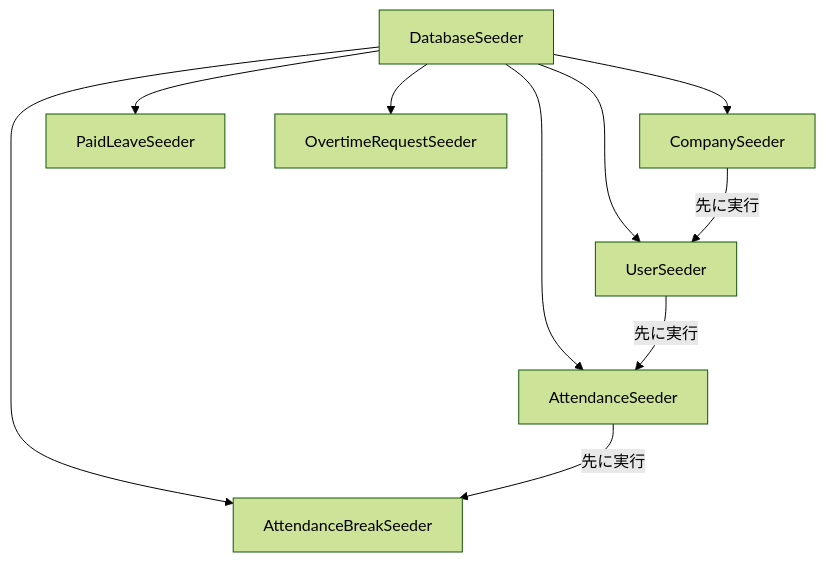
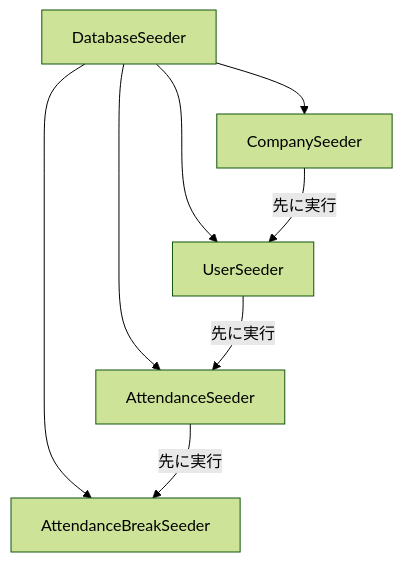
One commit to miyazakisora111/time-attendance changed the second of 2 diagrams in docs/dev/test-factory-design.md. Above: the diagram before and after it, drawn with Mermaid (forest theme). The commit also changed other lines of this file and 118 other files, not shown here.

````diff
--- a/docs/dev/test-factory-design.md
+++ b/docs/dev/test-factory-design.md
@@ -153,14 +151,12 @@
 ```mermaid
 flowchart TD
     DB["DatabaseSeeder"]
     DB --> CS["CompanySeeder"]
     DB --> US["UserSeeder"]
     DB --> AS["AttendanceSeeder"]
     DB --> BS["AttendanceBreakSeeder"]
-    DB --> PS["PaidLeaveSeeder"]
-    DB --> OTS["OvertimeRequestSeeder"]
 
     CS -->|"先に実行"| US
     US -->|"先に実行"| AS
     AS -->|"先に実行"| BS
 ```
````
